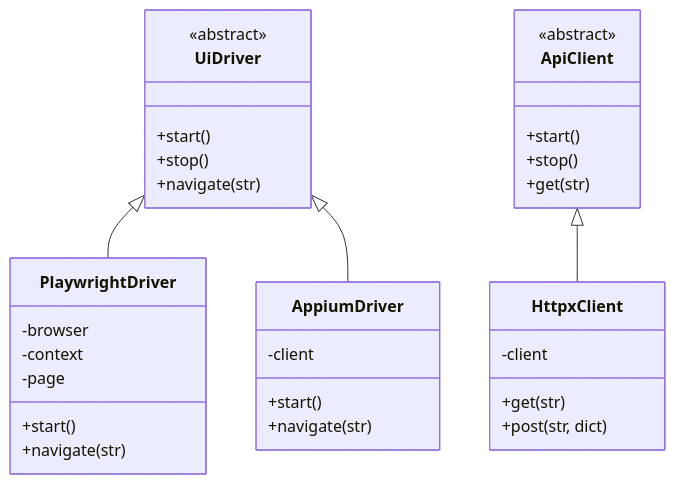
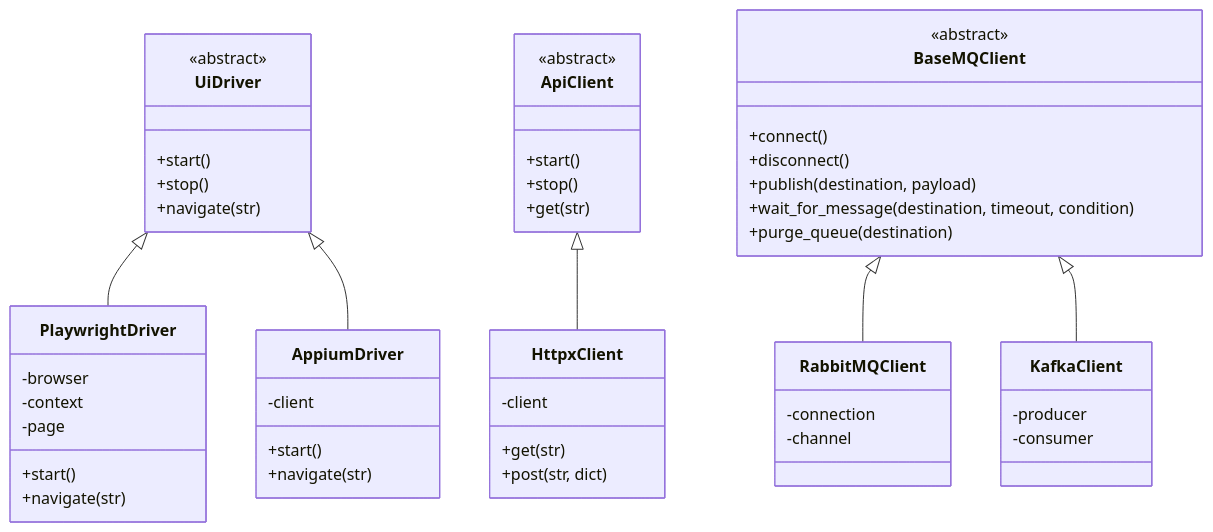
Before and after one commit to vinipx/taflex-python-modular: the second of 3 diagrams in docs/architecture/overview.md, drawn with Mermaid. The commit also changed other lines of this file and 1 other file, not shown here.

Commit message:
docs: update architecture documentation to reflect MQ support

````diff
--- a/docs/architecture/overview.md
+++ b/docs/architecture/overview.md
@@ -72,39 +72,60 @@
 ```mermaid
 classDiagram
     class UiDriver {
         <<abstract>>
         +start()
         +stop()
         +navigate(str)
     }
     class ApiClient {
         <<abstract>>
         +start()
         +stop()
         +get(str)
     }
 
     class PlaywrightDriver {
         -browser
         -context
         -page
         +start()
         +navigate(str)
     }
 
     class AppiumDriver {
         -client
         +start()
         +navigate(str)
     }
 
     class HttpxClient {
         -client
         +get(str)
         +post(str, dict)
     }
+    
+    class BaseMQClient {
+        <<abstract>>
+        +connect()
+        +disconnect()
+        +publish(destination, payload)
+        +wait_for_message(destination, timeout, condition)
+        +purge_queue(destination)
+    }
+
+    class RabbitMQClient {
+        -connection
+        -channel
+    }
+
+    class KafkaClient {
+        -producer
+        -consumer
+    }
 
     UiDriver <|-- PlaywrightDriver
     ApiClient <|-- HttpxClient
     UiDriver <|-- AppiumDriver
+    BaseMQClient <|-- RabbitMQClient
+    BaseMQClient <|-- KafkaClient
 ```
````
